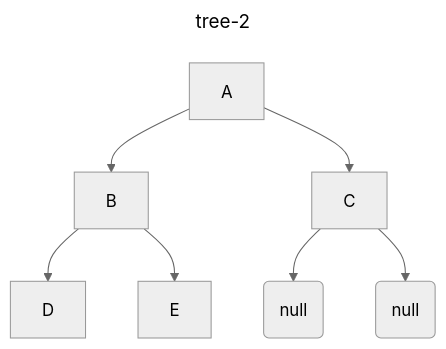
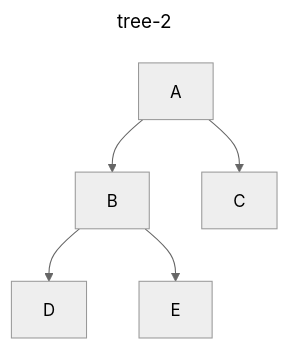
Diagram 14 of 16 in src/cs/dsa/non-linear_structure/tree/binary_tree/index.md (Eathyn/blog), drawn with Mermaid (neutral theme) before and after one commit. The commit also changed other lines of this file, not shown here.

````diff
--- a/src/cs/dsa/non-linear_structure/tree/binary_tree/index.md
+++ b/src/cs/dsa/non-linear_structure/tree/binary_tree/index.md
@@ -244,12 +244,10 @@
 ```mermaid
 ---
 title: tree-2
 ---
 flowchart TB
   A --> B
   A --> C
   B --> D
   B --> E
-  C --> Node-1(null)
-  C --> Node-2(null)
 ```
````
